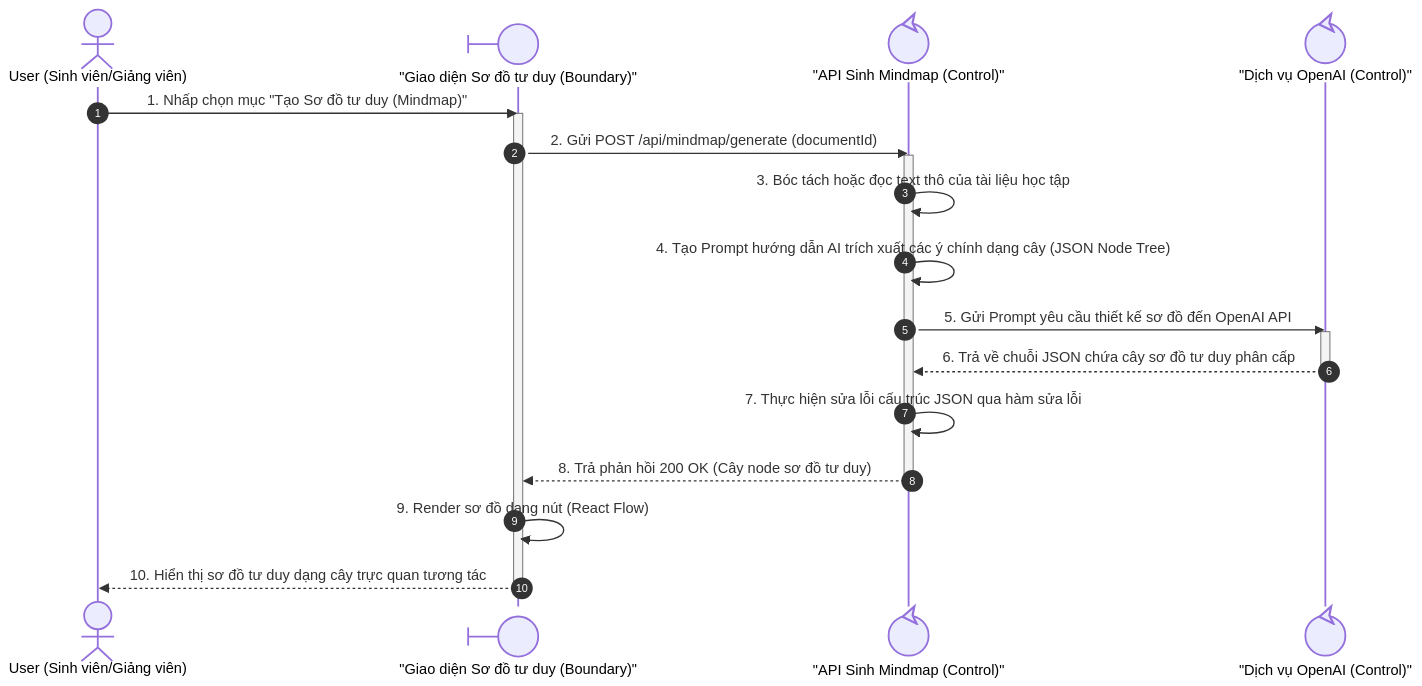
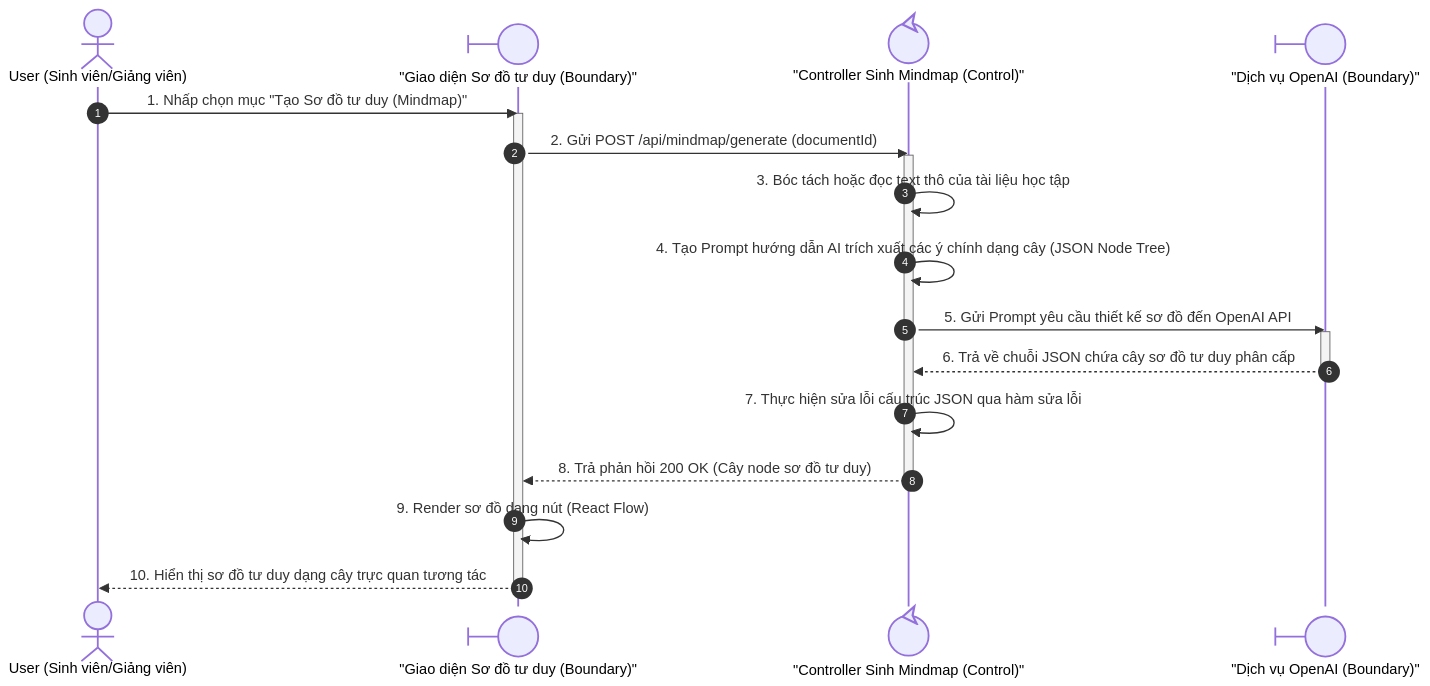
The eighth of 13 diagrams in Cuong_Documents/BaoVeDoAn/Diagram/SequenceDiagrams.md (vietcuong2004/DATN_TLUDOC), drawn with Mermaid before and after one commit. The commit also changed other lines of this file and 11 other files, not shown here.

````diff
--- a/Cuong_Documents/BaoVeDoAn/Diagram/SequenceDiagrams.md
+++ b/Cuong_Documents/BaoVeDoAn/Diagram/SequenceDiagrams.md
@@ -308,25 +308,25 @@
 ```mermaid
 sequenceDiagram
     autonumber
     actor User as User (Sinh viên/Giảng viên)
     participant UI@{ "type": "boundary" } as "Giao diện Sơ đồ tư duy (Boundary)"
-    participant Control@{ "type": "control" } as "API Sinh Mindmap (Control)"
-    participant AI@{ "type": "control" } as "Dịch vụ OpenAI (Control)"
+    participant Control@{ "type": "control" } as "Controller Sinh Mindmap (Control)"
+    participant AI@{ "type": "boundary" } as "Dịch vụ OpenAI (Boundary)"
 
     User->>UI: 1. Nhấp chọn mục "Tạo Sơ đồ tư duy (Mindmap)"
     activate UI
     UI->>Control: 2. Gửi POST /api/mindmap/generate (documentId)
     activate Control
     Control->>Control: 3. Bóc tách hoặc đọc text thô của tài liệu học tập
     Control->>Control: 4. Tạo Prompt hướng dẫn AI trích xuất các ý chính dạng cây (JSON Node Tree)
     Control->>AI: 5. Gửi Prompt yêu cầu thiết kế sơ đồ đến OpenAI API
     activate AI
     AI-->>Control: 6. Trả về chuỗi JSON chứa cây sơ đồ tư duy phân cấp
     deactivate AI
     Control->>Control: 7. Thực hiện sửa lỗi cấu trúc JSON qua hàm sửa lỗi
     Control-->>UI: 8. Trả phản hồi 200 OK (Cây node sơ đồ tư duy)
     deactivate Control
     UI->>UI: 9. Render sơ đồ dạng nút (React Flow)
     UI-->>User: 10. Hiển thị sơ đồ tư duy dạng cây trực quan tương tác
     deactivate UI
 ```
````
